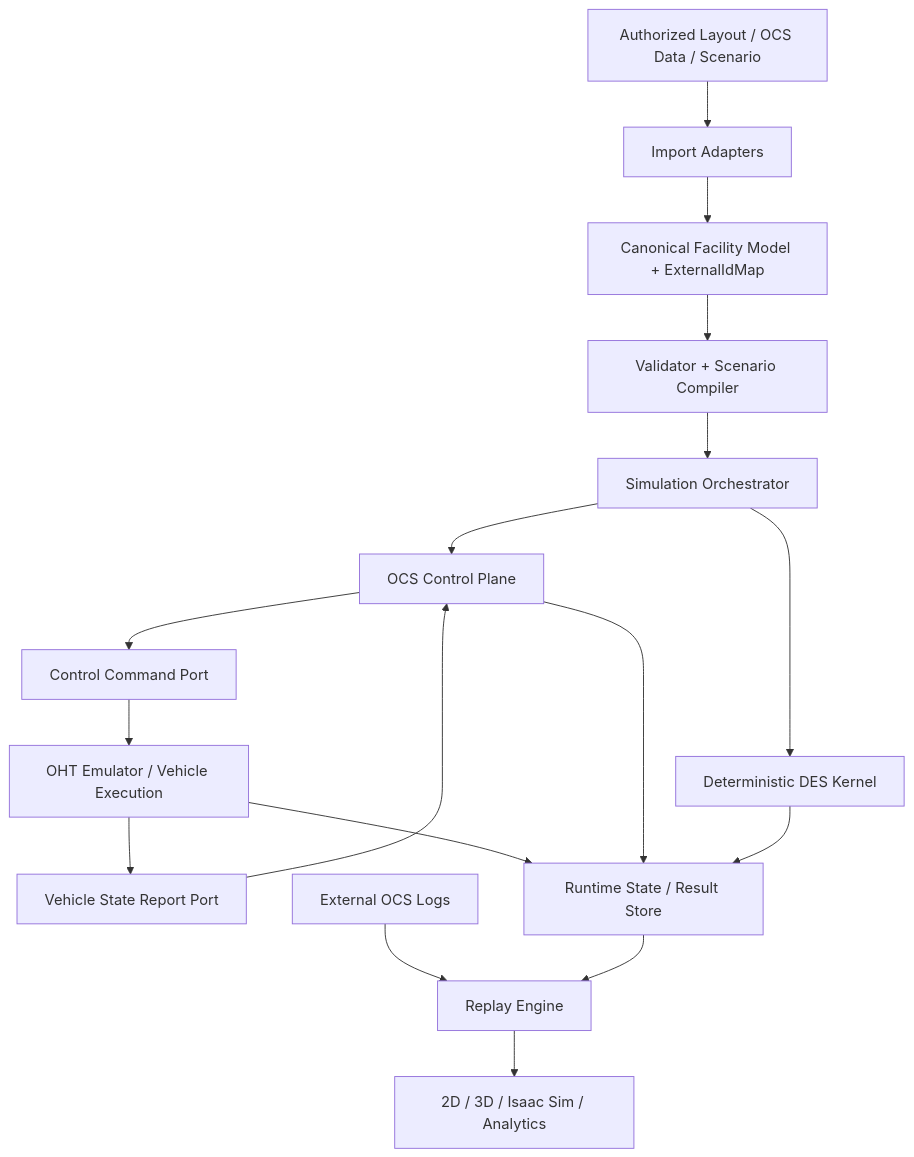
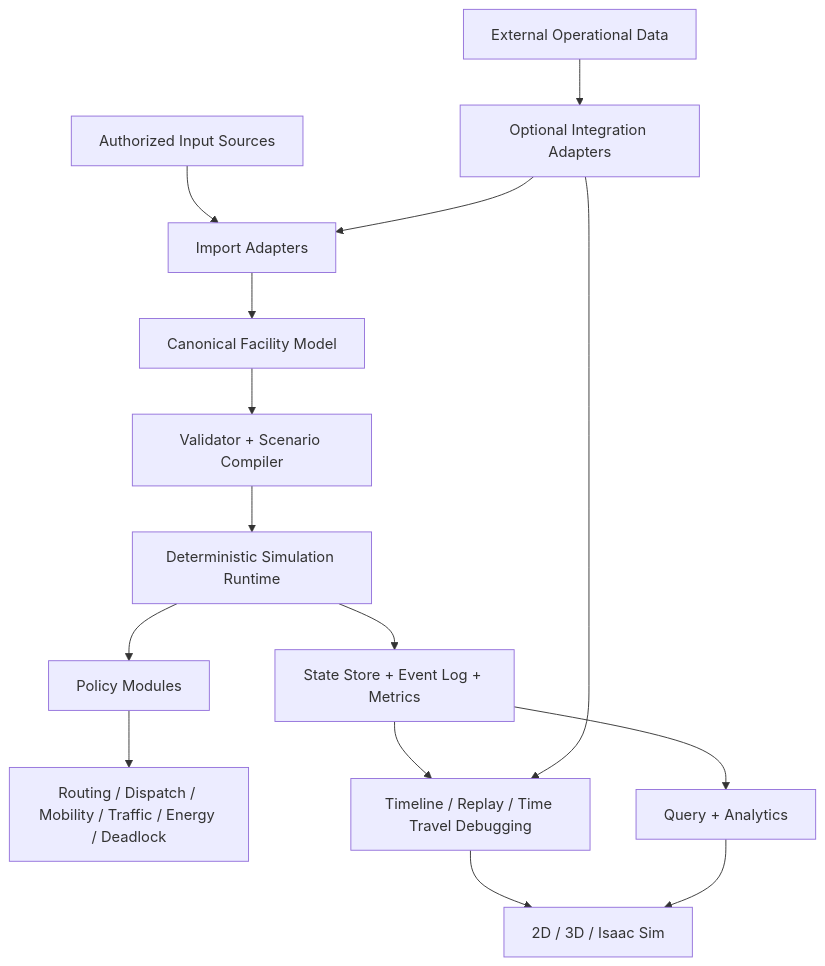
The diagram in docs/architecture/SIM_CORE_ARCHITECTURE_V2.md (Mega-Sim/Sim_Core), drawn with Mermaid before and after one commit. The commit also changed other lines of this file, not shown here.

Commit message:
Architecture v2 수정: Legacy 구조 복제 제거 및 차세대 Sim_Core 중심 재설계

````diff
--- a/docs/architecture/SIM_CORE_ARCHITECTURE_V2.md
+++ b/docs/architecture/SIM_CORE_ARCHITECTURE_V2.md
@@ -44,23 +47,21 @@
 ```mermaid
 flowchart TB
-    A[Authorized Layout / OCS Data / Scenario] --> B[Import Adapters]
-    B --> C[Canonical Facility Model + ExternalIdMap]
+    A[Authorized Input Sources] --> B[Import Adapters]
+    B --> C[Canonical Facility Model]
     C --> D[Validator + Scenario Compiler]
+    D --> E[Deterministic Simulation Runtime]
 
-    D --> O[Simulation Orchestrator]
-    O --> K[Deterministic DES Kernel]
+    E --> P[Policy Modules]
+    P --> R[Routing / Dispatch / Mobility / Traffic / Energy / Deadlock]
 
-    O --> CP[OCS Control Plane]
-    CP --> CMD[Control Command Port]
-    CMD --> VE[OHT Emulator / Vehicle Execution]
-    VE --> ST[Vehicle State Report Port]
-    ST --> CP
+    E --> S[State Store + Event Log + Metrics]
+    S --> T[Timeline / Replay / Time Travel Debugging]
+    S --> Q[Query + Analytics]
 
-    VE --> RS[Runtime State / Result Store]
-    CP --> RS
-    K --> RS
+    T --> V[2D / 3D / Isaac Sim]
+    Q --> V
 
-    EL[External OCS Logs] --> RP[Replay Engine]
-    RS --> RP
-    RP --> V[2D / 3D / Isaac Sim / Analytics]
+    X[External Operational Data] --> IA[Optional Integration Adapters]
+    IA --> B
+    IA --> T
 ```
````
